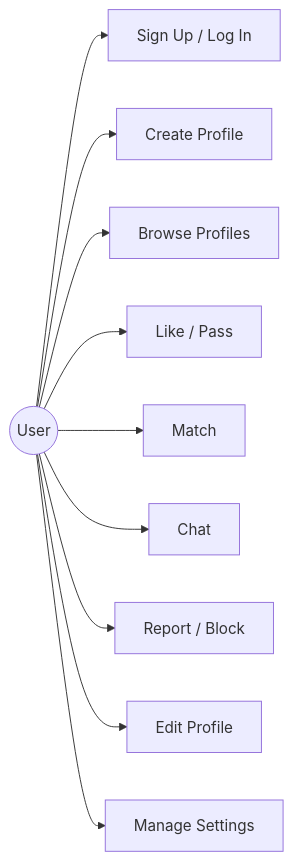
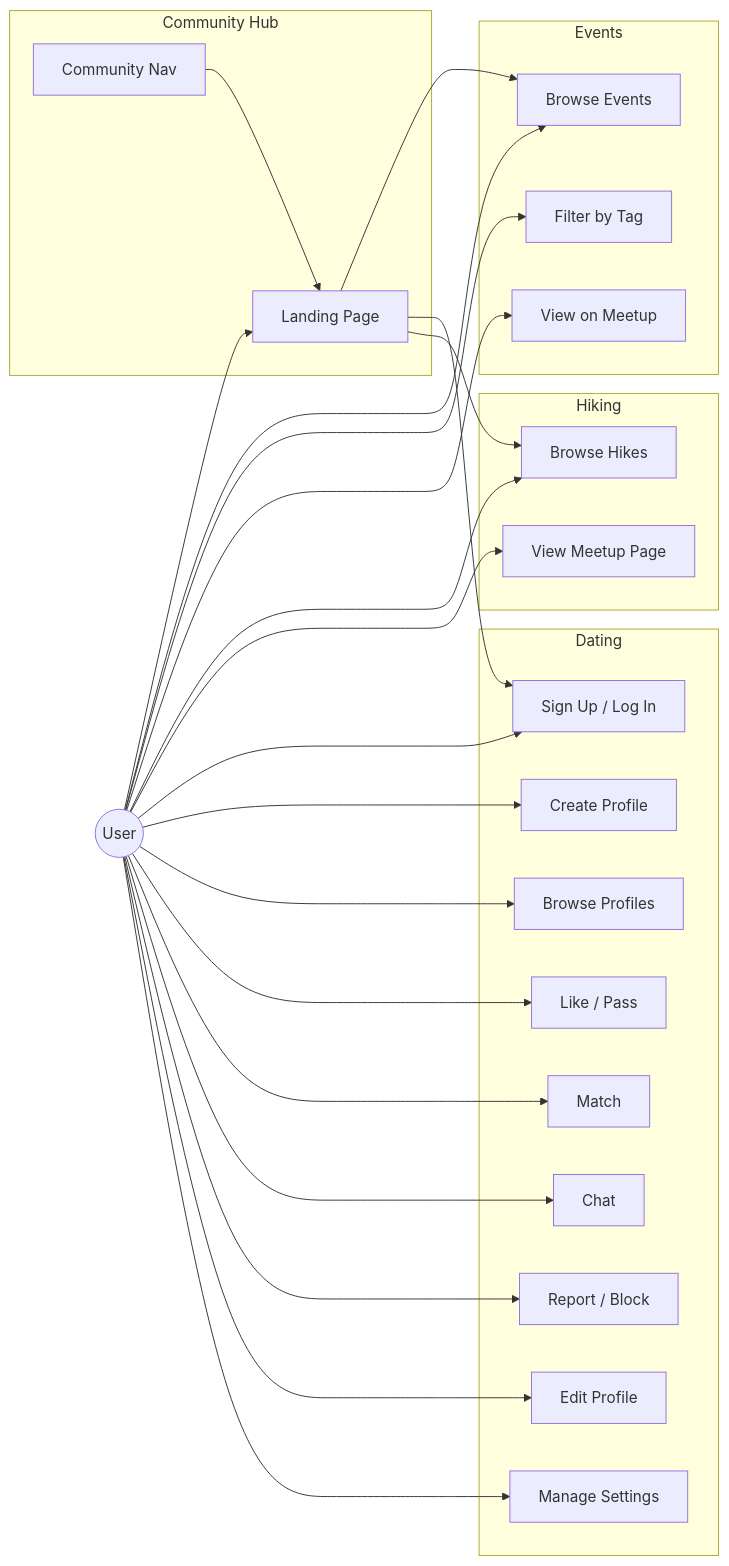
Before and after one commit to rajeshkr2016/bkb-app: the first of 2 diagrams in docs/use-cases.md, drawn with Mermaid. The commit also changed other lines of this file and 29 other files, not shown here.

````diff
--- a/docs/use-cases.md
+++ b/docs/use-cases.md
@@ -5,14 +26,40 @@
 ```mermaid
 graph LR
     User((User))
 
-    User --> UC1[Sign Up / Log In]
-    User --> UC2[Create Profile]
-    User --> UC3[Browse Profiles]
-    User --> UC4[Like / Pass]
-    User --> UC5[Match]
-    User --> UC6[Chat]
-    User --> UC7[Report / Block]
-    User --> UC8[Edit Profile]
-    User --> UC9[Manage Settings]
+    subgraph "Community Hub"
+        UC0[Landing Page]
+        UCN[Community Nav]
+    end
+
+    subgraph "Events"
+        UCE1[Browse Events]
+        UCE2[Filter by Tag]
+        UCE3[View on Meetup]
+    end
+
+    subgraph "Hiking"
+        UCH1[Browse Hikes]
+        UCH2[View Meetup Page]
+    end
+
+    subgraph "Dating"
+        UC1[Sign Up / Log In]
+        UC2[Create Profile]
+        UC3[Browse Profiles]
+        UC4[Like / Pass]
+        UC5[Match]
+        UC6[Chat]
+        UC7[Report / Block]
+        UC8[Edit Profile]
+        UC9[Manage Settings]
+    end
+
+    User --> UC0
+    UC0 --> UCE1 & UC1 & UCH1
+    UCN --> UC0
+
+    User --> UCE1 & UCE2 & UCE3
+    User --> UCH1 & UCH2
+    User --> UC1 & UC2 & UC3 & UC4 & UC5 & UC6 & UC7 & UC8 & UC9
 ```
````
